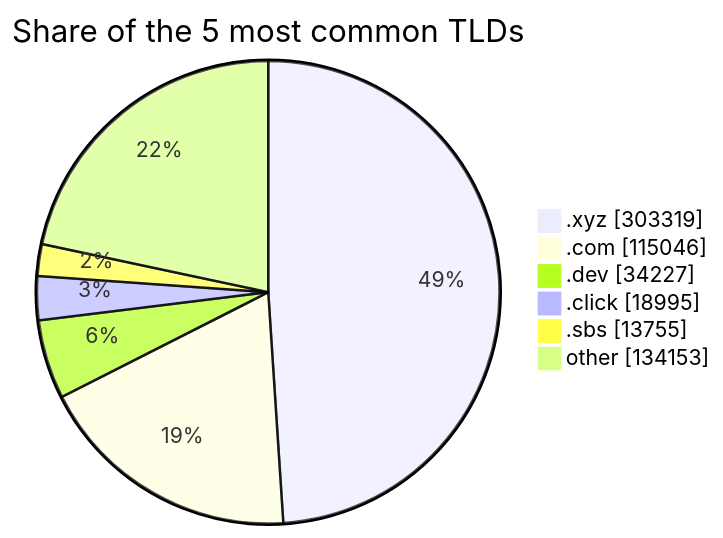
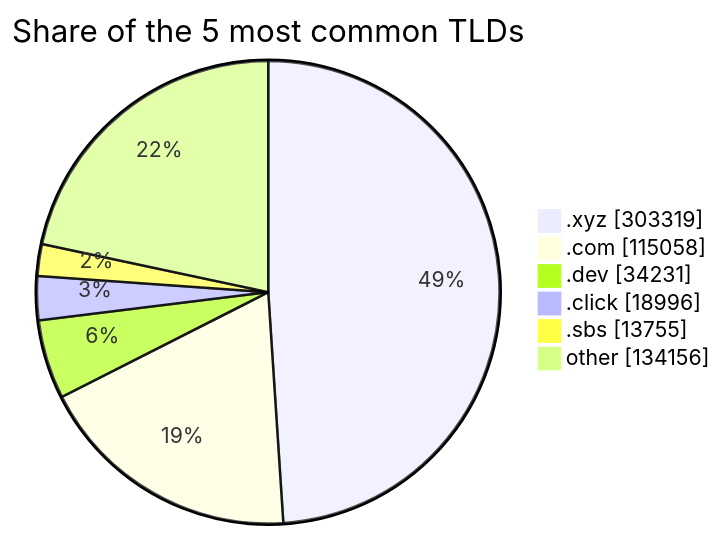
One commit to DNSBunker/CTI changed the third of 3 diagrams in README.md. Above: the diagram before and after it, drawn with Mermaid. The commit also changed other lines of this file and 3 other files, not shown here.

````diff
--- a/README.md
+++ b/README.md
@@ -81,9 +81,9 @@
 ```mermaid
 pie showData title Share of the 5 most common TLDs
     ".xyz" : 303319
-    ".com" : 115046
-    ".dev" : 34227
-    ".click" : 18995
+    ".com" : 115058
+    ".dev" : 34231
+    ".click" : 18996
     ".sbs" : 13755
-    "other" : 134153
+    "other" : 134156
 ```
````
